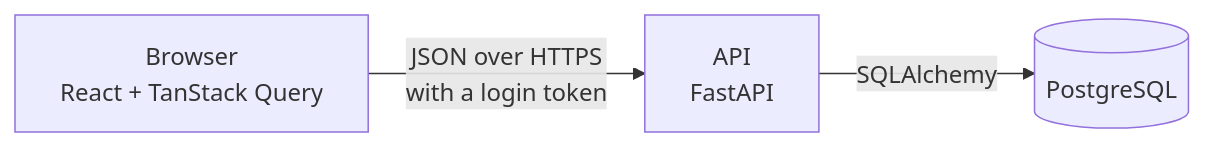
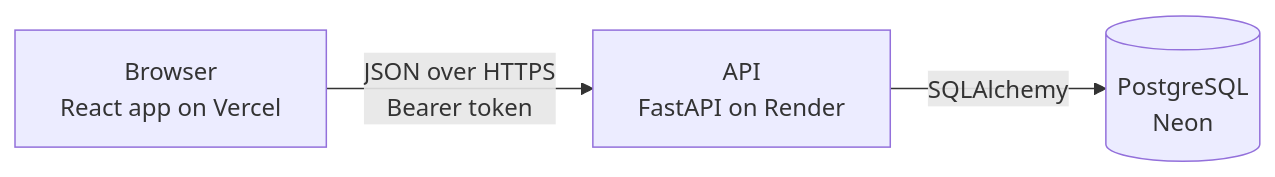
One commit to manikantasriram/hotel-booking-manager changed the diagram in README.md. Above: the diagram before and after it, drawn with Mermaid. The commit also changed other lines of this file, not shown here.

Commit message:
Rewrite README: architecture, locking, security, setup, env vars and deployment

````diff
--- a/README.md
+++ b/README.md
@@ -44,5 +43,5 @@
 ```mermaid
 flowchart LR
-  B["Browser<br/>React + TanStack Query"] -- "JSON over HTTPS<br/>with a login token" --> A["API<br/>FastAPI"]
-  A -- "SQLAlchemy" --> D[("PostgreSQL")]
+  B["Browser<br/>React app on Vercel"] -- "JSON over HTTPS<br/>Bearer token" --> A["API<br/>FastAPI on Render"]
+  A -- "SQLAlchemy" --> D[("PostgreSQL<br/>Neon")]
 ```
````
